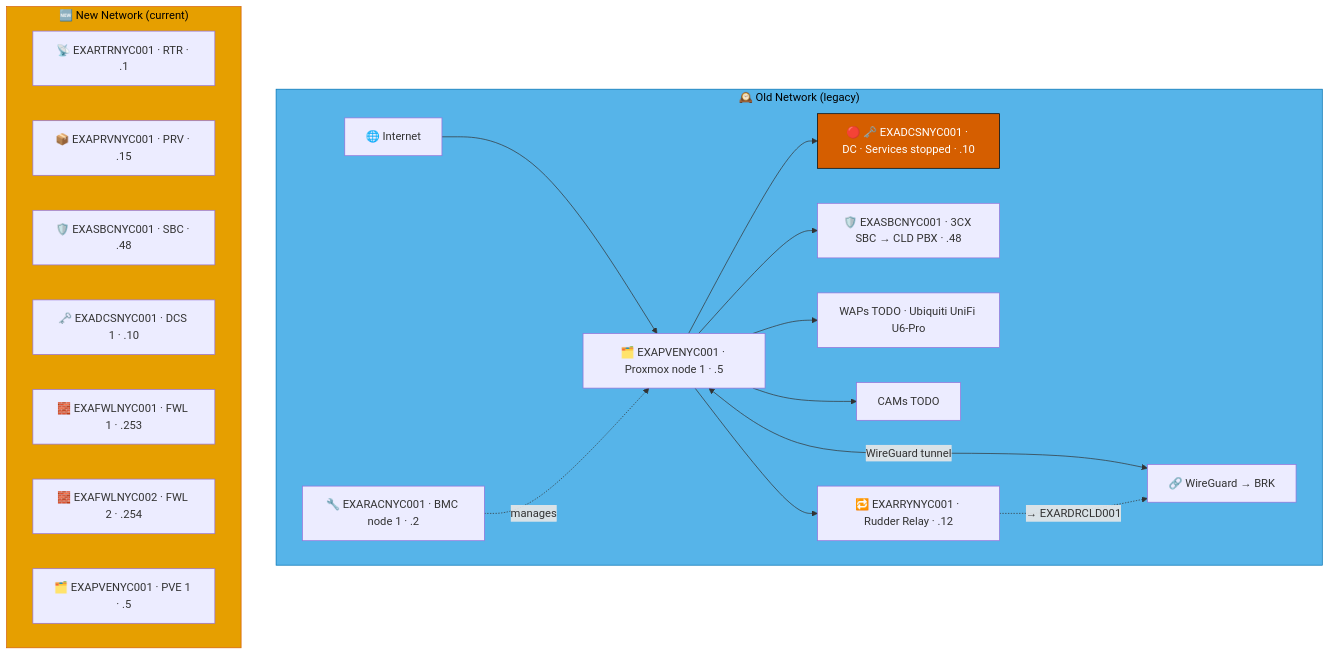
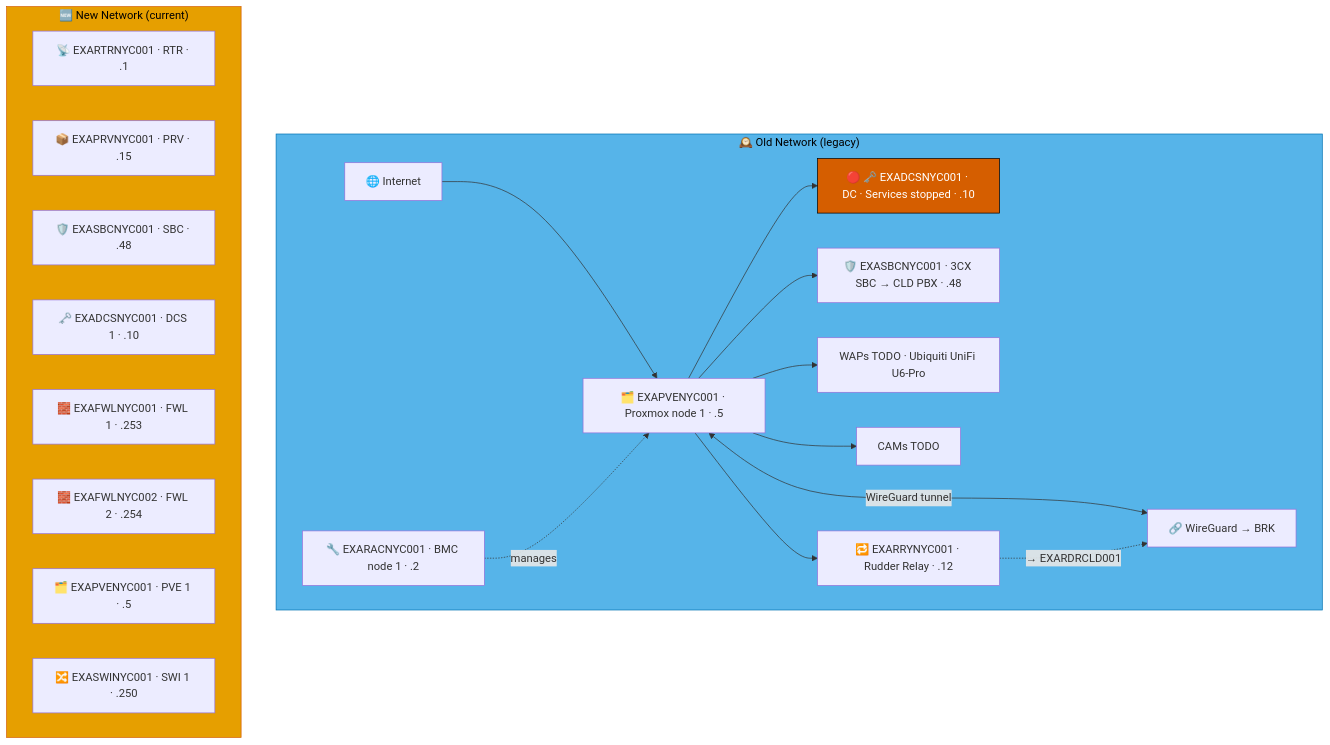
The second of 8 diagrams in docs/network-diagram/united-states.md (knightmare2600/example_music_infra), drawn with Mermaid before and after one commit. The commit also changed other lines of this file and 12 other files, not shown here.

````diff
--- a/docs/network-diagram/united-states.md
+++ b/docs/network-diagram/united-states.md
@@ -92,37 +92,38 @@
 ```mermaid
 graph TD
     subgraph OLD_NYC ["🕰️ Old Network (legacy)"]
       INET["🌐 Internet"]
       RAC["🔧 EXARACNYC001 · BMC node 1 · .2"]
       PVE["🗂️ EXAPVENYC001 · Proxmox node 1 · .5"]
       DC["🔴 🗝️ EXADCSNYC001 · DC · Services stopped · .10"]
       SBC["🛡️ EXASBCNYC001 · 3CX SBC → CLD PBX · .48"]
       RRY["🔁 EXARRYNYC001 · Rudder Relay · .12"]
       WAP["WAPs TODO · Ubiquiti UniFi U6-Pro"]
       CAM["CAMs TODO"]
       VPN["🔗 WireGuard → BRK"]
 
       INET --> PVE --> DC & SBC
       RAC -.->|"manages"| PVE
       PVE --> WAP & CAM
       PVE <-->|"WireGuard tunnel"| VPN
 
       PVE --> RRY
       RRY -. "→ EXARDRCLD001" .-> VPN
     end
     style OLD_NYC fill:#56B4E9,stroke:#0072B2,color:#000000
     %% GENERATED:NEW-NETWORK:NYC:START
     subgraph NEW_NYC ["🆕 New Network (current)"]
       N_RTR["📡 EXARTRNYC001 · RTR · .1"]
       N_PRV["📦 EXAPRVNYC001 · PRV · .15"]
       N_SBC["🛡️ EXASBCNYC001 · SBC · .48"]
       N_DCS["🗝️ EXADCSNYC001 · DCS 1 · .10"]
       N_FWL["🧱 EXAFWLNYC001 · FWL 1 · .253"]
       N_FWL2["🧱 EXAFWLNYC002 · FWL 2 · .254"]
       N_PVE["🗂️ EXAPVENYC001 · PVE 1 · .5"]
+      N_SWI["🔀 EXASWINYC001 · SWI 1 · .250"]
     end
     style NEW_NYC fill:#E69F00,stroke:#D55E00,color:#000000
     %% GENERATED:NEW-NETWORK:NYC:END
     classDef warn fill:#D55E00,stroke:#000000,color:#ffffff
     class DC warn
 ```
````
